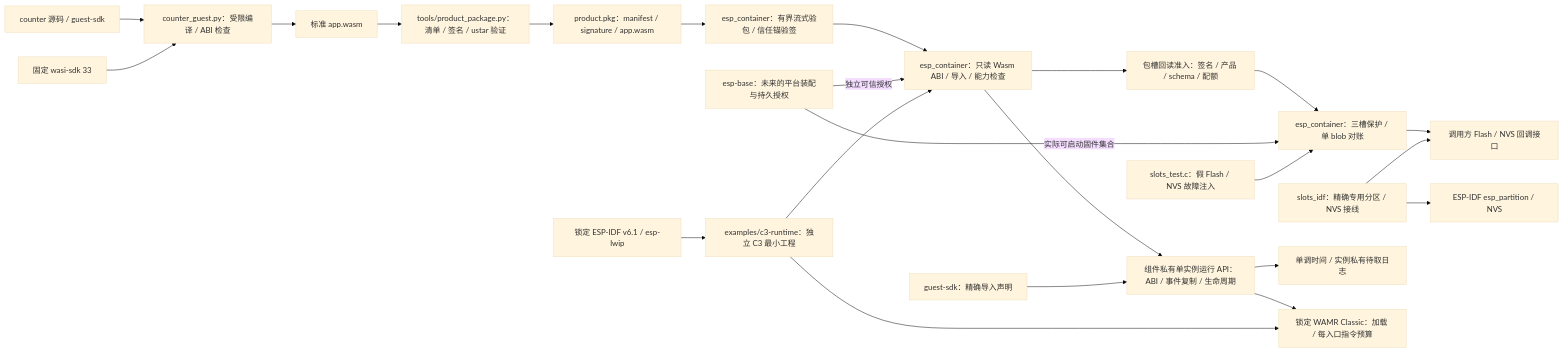
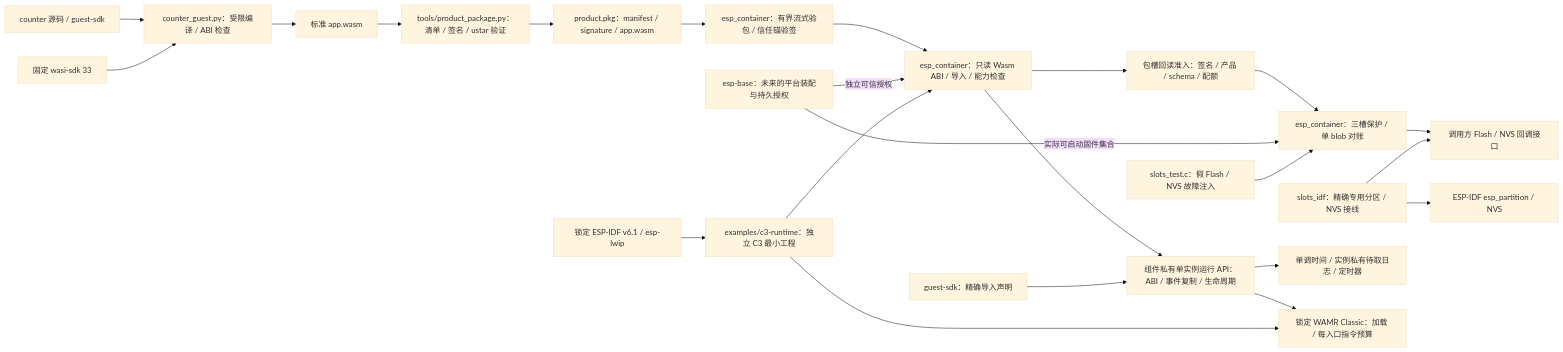
One commit to darren-you/esp-container changed the diagram in README.md. Above: the diagram before and after it, drawn with Mermaid (base theme). The commit also changed other lines of this file and 17 other files, not shown here.

````diff
--- a/README.md
+++ b/README.md
@@ -7,26 +7,26 @@
 ```mermaid
 flowchart LR
     product["counter 源码 / guest-sdk"] --> guest["counter_guest.py：受限编译 / ABI 检查"]
     wasi["固定 wasi-sdk 33"] --> guest
     guest --> wasm["标准 app.wasm"]
     wasm --> tool["tools/product_package.py：清单 / 签名 / ustar 验证"]
     tool --> pkg["product.pkg：manifest / signature / app.wasm"]
     pkg --> verifier["esp_container：有界流式验包 / 信任锚验签"]
     verifier --> scanner["esp_container：只读 Wasm ABI / 导入 / 能力检查"]
     scanner --> admission["包槽回读准入：签名 / 产品 / schema / 配额"]
     admission --> slots
     base -->|"独立可信授权"| scanner
     base -->|"实际可启动固件集合"| slots
     slot_tests["slots_test.c：假 Flash / NVS 故障注入"] --> slots["esp_container：三槽保护 / 单 blob 对账"]
     slots --> slot_callbacks["调用方 Flash / NVS 回调接口"]
     idf_provider["slots_idf：精确专用分区 / NVS 接线"] --> slot_callbacks
     idf_provider --> idf_storage["ESP-IDF esp_partition / NVS"]
     scanner --> runtime["组件私有单实例运行 API：ABI / 事件复制 / 生命周期"]
     sdk["guest-sdk：精确导入声明"] --> runtime
-    runtime --> host["单调时间 / 实例私有待取日志"]
+    runtime --> host["单调时间 / 实例私有待取日志 / 定时器"]
     runtime --> wamr["锁定 WAMR Classic：加载 / 每入口指令预算"]
     sample["examples/c3-runtime：独立 C3 最小工程"] --> scanner
     sample --> wamr
     idf["锁定 ESP-IDF v6.1 / esp-lwip"] --> sample
     base["esp-base：未来的平台装配与持久授权"]
 ```
````
